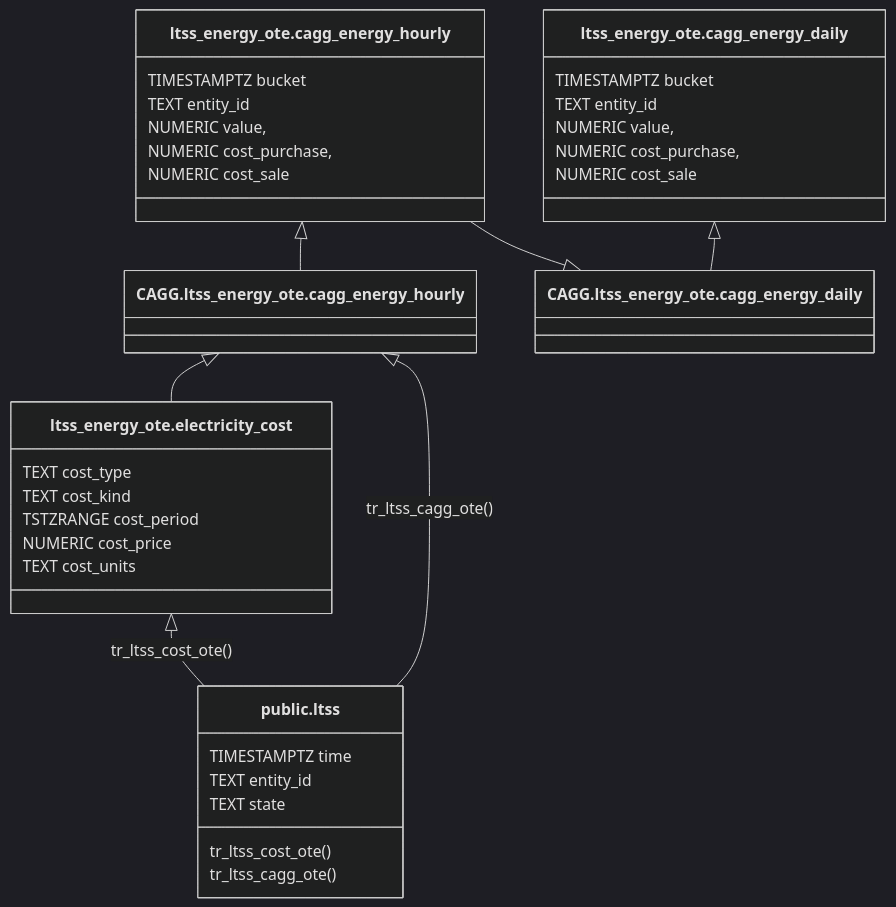
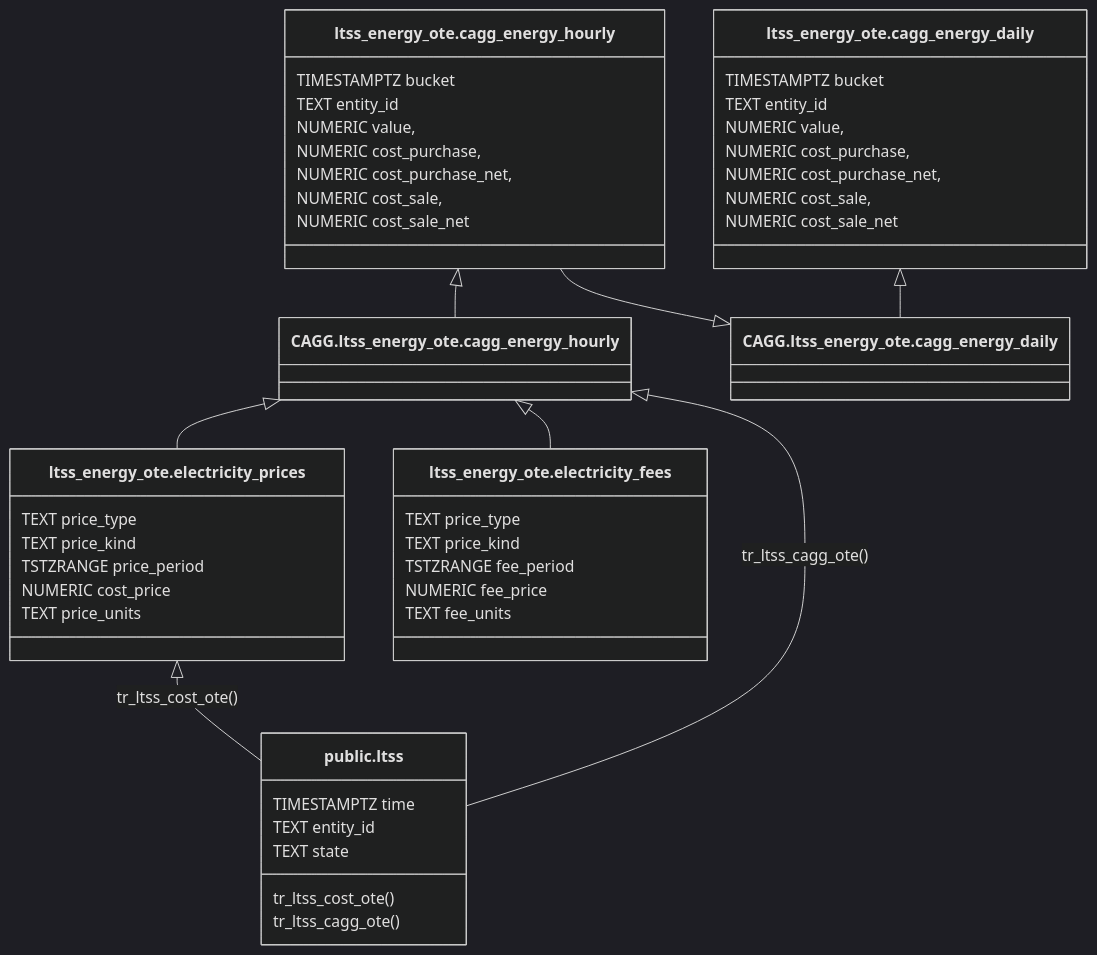
One commit to michalk-k/Home-Assistant-TimscaleDB changed the second of 2 diagrams in energy-spot-prices.md. Above: the diagram before and after it, drawn with Mermaid (dark theme). The commit also changed other lines of this file, not shown here.

````diff
--- a/energy-spot-prices.md
+++ b/energy-spot-prices.md
@@ -12,43 +50,55 @@
 ```mermaid
 classDiagram
-    ltss_energy_ote.electricity_cost <|-- public.ltss : tr_ltss_cost_ote()
+    ltss_energy_ote.electricity_prices <|-- public.ltss : tr_ltss_cost_ote()
     ltss_energy_ote.cagg_energy_hourly <|-- CAGG.ltss_energy_ote.cagg_energy_hourly
-    CAGG.ltss_energy_ote.cagg_energy_hourly <|-- ltss_energy_ote.electricity_cost 
+    CAGG.ltss_energy_ote.cagg_energy_hourly <|-- ltss_energy_ote.electricity_prices 
+    CAGG.ltss_energy_ote.cagg_energy_hourly <|-- ltss_energy_ote.electricity_fees 
     CAGG.ltss_energy_ote.cagg_energy_hourly <|-- public.ltss : tr_ltss_cagg_ote()
     ltss_energy_ote.cagg_energy_hourly --|> CAGG.ltss_energy_ote.cagg_energy_daily
 
     ltss_energy_ote.cagg_energy_daily <|-- CAGG.ltss_energy_ote.cagg_energy_daily
 
     class public.ltss{
         TIMESTAMPTZ time
         TEXT entity_id
         TEXT state
         tr_ltss_cost_ote()
         tr_ltss_cagg_ote()
     }
     class CAGG.ltss_energy_ote.cagg_energy_hourly
     class CAGG.ltss_energy_ote.cagg_energy_daily
 
-    class ltss_energy_ote.electricity_cost{
-        TEXT cost_type
-        TEXT cost_kind
-        TSTZRANGE cost_period
+    class ltss_energy_ote.electricity_prices{
+        TEXT price_type
+        TEXT price_kind
+        TSTZRANGE price_period
         NUMERIC cost_price
-        TEXT cost_units
+        TEXT price_units
+    }
+    class ltss_energy_ote.electricity_fees{
+        TEXT price_type
+        TEXT price_kind
+        TSTZRANGE fee_period
+        NUMERIC fee_price
+        TEXT fee_units
     }
     class ltss_energy_ote.cagg_energy_hourly{
         TIMESTAMPTZ bucket
         TEXT entity_id
         NUMERIC value,
         NUMERIC cost_purchase,
-        NUMERIC cost_sale
+        NUMERIC cost_purchase_net,
+        NUMERIC cost_sale,
+        NUMERIC cost_sale_net
     }
 
     class ltss_energy_ote.cagg_energy_daily{
         TIMESTAMPTZ bucket
         TEXT entity_id
         NUMERIC value,
         NUMERIC cost_purchase,
-        NUMERIC cost_sale
+        NUMERIC cost_purchase_net,
+        NUMERIC cost_sale,
+        NUMERIC cost_sale_net
     }
 ```
````
